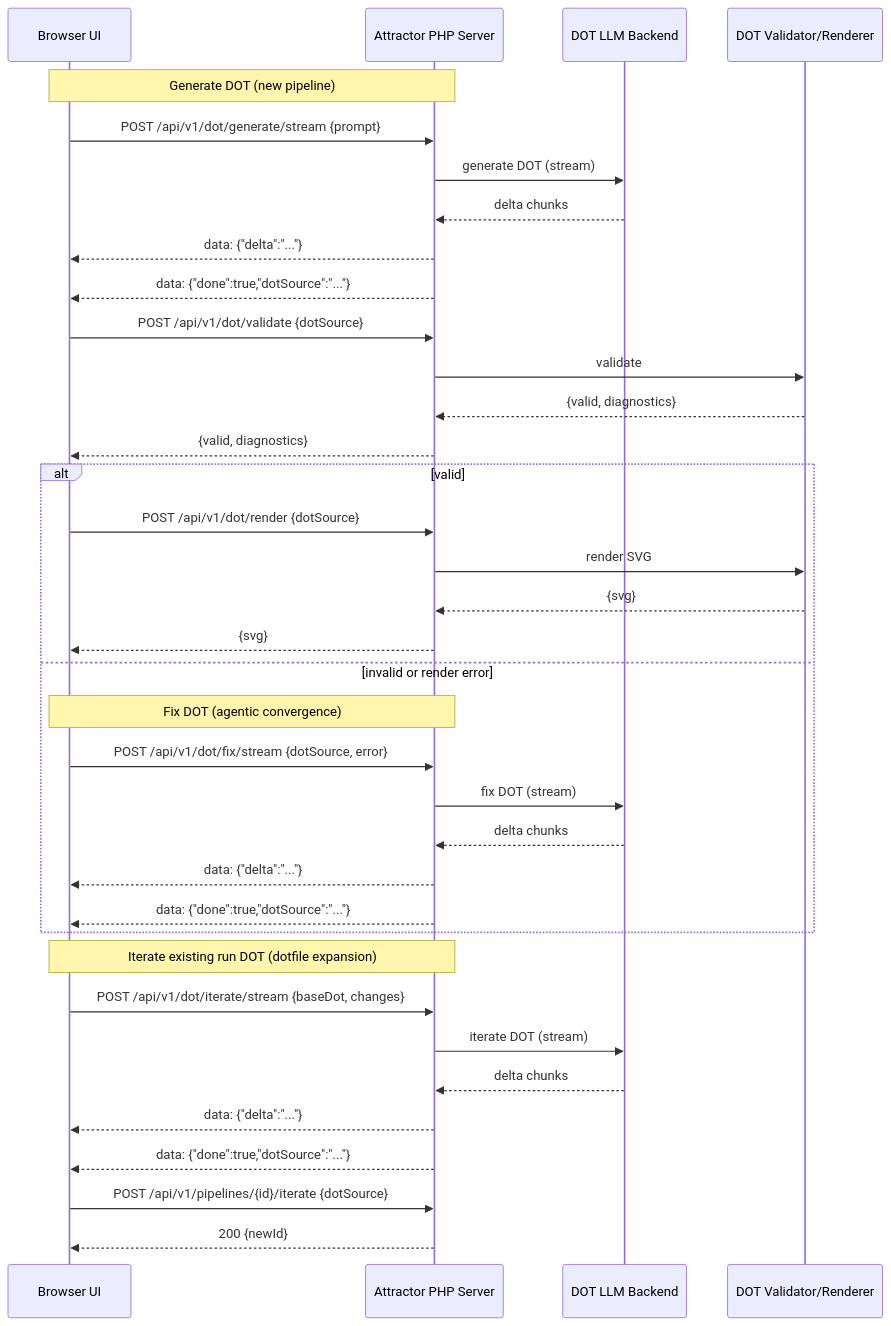
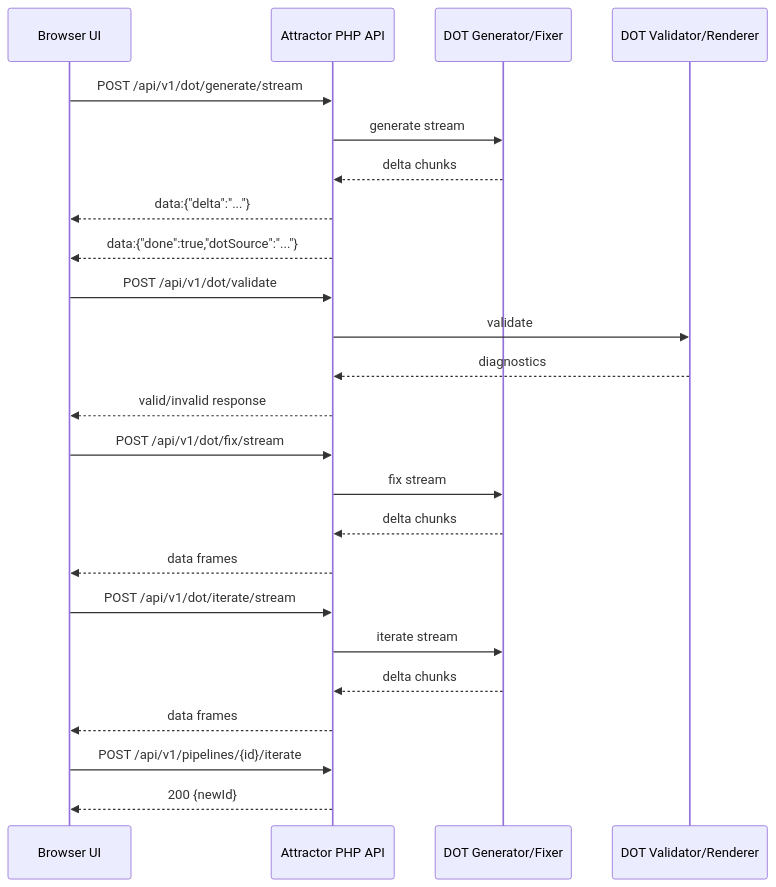
Before and after one commit to jaytaylor/attractor-php: the sixth of 6 diagrams in docs/sprints/SPRINT-002-attractor-php-web-dashboard.md, drawn with Mermaid. The commit also changed other lines of this file, not shown here.

````diff
--- a/docs/sprints/SPRINT-002-attractor-php-web-dashboard.md
+++ b/docs/sprints/SPRINT-002-attractor-php-web-dashboard.md
@@ -2127,44 +1478,32 @@
 ```mermaid
 %% Source: .scratch/mermaid/SPRINT-002/dot-agentic-loop.mmd
 sequenceDiagram
-  participant U as Browser UI
-  participant S as Attractor PHP Server
-  participant L as DOT LLM Backend
-  participant V as DOT Validator/Renderer
+  participant UI as Browser UI
+  participant API as Attractor PHP API
+  participant LLM as DOT Generator/Fixer
+  participant VAL as DOT Validator/Renderer
 
-  Note over U,S: Generate DOT (new pipeline)
-  U->>S: POST /api/v1/dot/generate/stream {prompt}
-  S->>L: generate DOT (stream)
-  L-->>S: delta chunks
-  S-->>U: data: {"delta":"..."}
-  S-->>U: data: {"done":true,"dotSource":"..."}
+  UI->>API: POST /api/v1/dot/generate/stream
+  API->>LLM: generate stream
+  LLM-->>API: delta chunks
+  API-->>UI: data:{"delta":"..."}
+  API-->>UI: data:{"done":true,"dotSource":"..."}
 
-  U->>S: POST /api/v1/dot/validate {dotSource}
-  S->>V: validate
-  V-->>S: {valid, diagnostics}
-  S-->>U: {valid, diagnostics}
+  UI->>API: POST /api/v1/dot/validate
+  API->>VAL: validate
+  VAL-->>API: diagnostics
+  API-->>UI: valid/invalid response
 
-  alt valid
-    U->>S: POST /api/v1/dot/render {dotSource}
-    S->>V: render SVG
-    V-->>S: {svg}
-    S-->>U: {svg}
-  else invalid or render error
-    Note over U,S: Fix DOT (agentic convergence)
-    U->>S: POST /api/v1/dot/fix/stream {dotSource, error}
-    S->>L: fix DOT (stream)
-    L-->>S: delta chunks
-    S-->>U: data: {"delta":"..."}
-    S-->>U: data: {"done":true,"dotSource":"..."}
-  end
+  UI->>API: POST /api/v1/dot/fix/stream
+  API->>LLM: fix stream
+  LLM-->>API: delta chunks
+  API-->>UI: data frames
 
-  Note over U,S: Iterate existing run DOT (dotfile expansion)
-  U->>S: POST /api/v1/dot/iterate/stream {baseDot, changes}
-  S->>L: iterate DOT (stream)
-  L-->>S: delta chunks
-  S-->>U: data: {"delta":"..."}
-  S-->>U: data: {"done":true,"dotSource":"..."}
+  UI->>API: POST /api/v1/dot/iterate/stream
+  API->>LLM: iterate stream
+  LLM-->>API: delta chunks
+  API-->>UI: data frames
 
-  U->>S: POST /api/v1/pipelines/{id}/iterate {dotSource}
-  S-->>U: 200 {newId}
+  UI->>API: POST /api/v1/pipelines/{id}/iterate
+  API-->>UI: 200 {newId}
 ```
````
